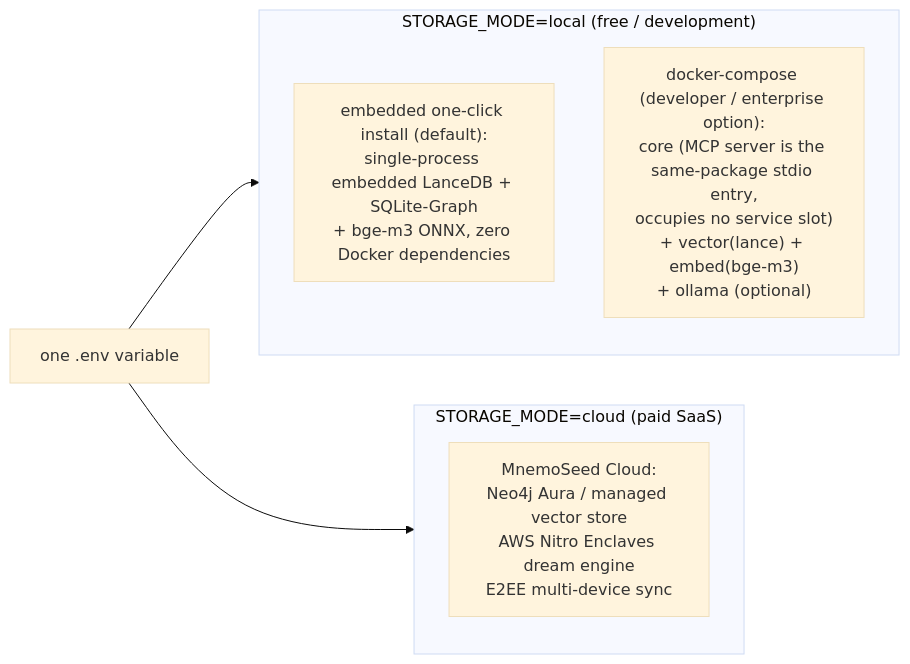
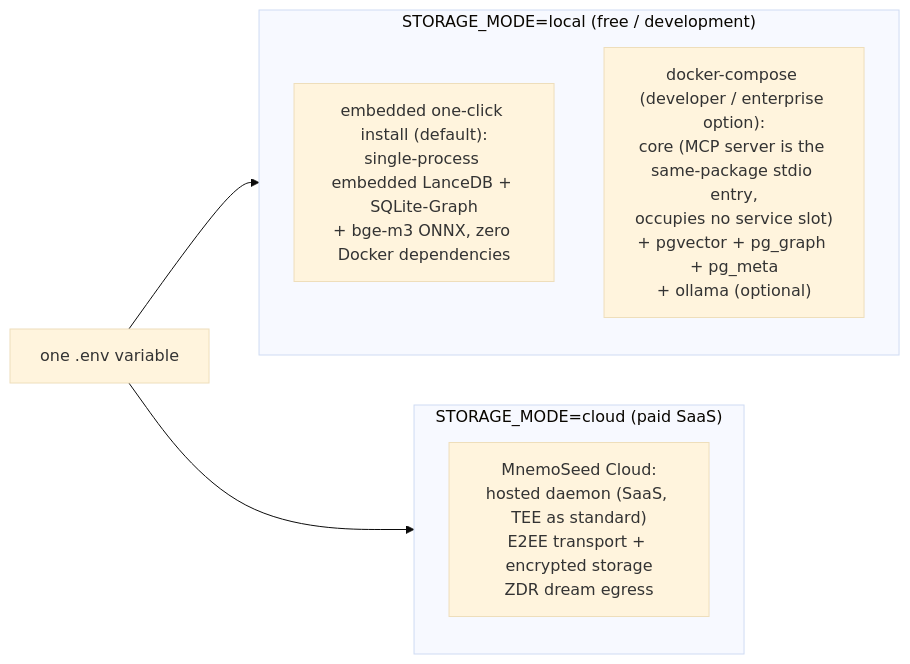
One commit to MnemoSeed/mnemoseed changed the second of 2 diagrams in docs/design/00-overview-and-philosophy.md. Above: the diagram before and after it, drawn with Mermaid (base theme). The commit also changed other lines of this file and 18 other files, not shown here.

````diff
--- a/docs/design/00-overview-and-philosophy.md
+++ b/docs/design/00-overview-and-philosophy.md
@@ -115,12 +115,12 @@
 ```mermaid
 flowchart LR
     subgraph Local["STORAGE_MODE=local (free / development)"]
         L0["embedded one-click install (default):<br/>single-process embedded LanceDB + SQLite-Graph<br/>+ bge-m3 ONNX, zero Docker dependencies"]
-        L1["docker-compose (developer / enterprise option):<br/>core (MCP server is the same-package stdio entry,<br/>occupies no service slot)<br/>+ vector(lance) + embed(bge-m3)<br/>+ ollama (optional)"]
+        L1["docker-compose (developer / enterprise option):<br/>core (MCP server is the same-package stdio entry,<br/>occupies no service slot)<br/>+ pgvector + pg_graph + pg_meta<br/>+ ollama (optional)"]
     end
     subgraph Cloud["STORAGE_MODE=cloud (paid SaaS)"]
-        C1["MnemoSeed Cloud:<br/>Neo4j Aura / managed vector store<br/>AWS Nitro Enclaves dream engine<br/>E2EE multi-device sync"]
+        C1["MnemoSeed Cloud:<br/>hosted daemon (SaaS, TEE as standard)<br/>E2EE transport + encrypted storage<br/>ZDR dream egress"]
     end
     Env["one .env variable"] --> Local
     Env --> Cloud
 ```
````
